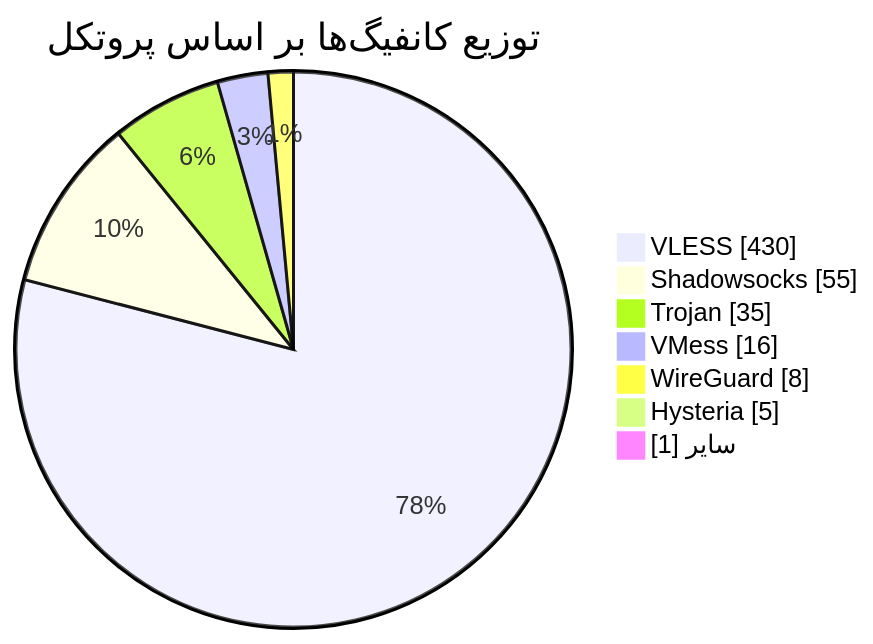
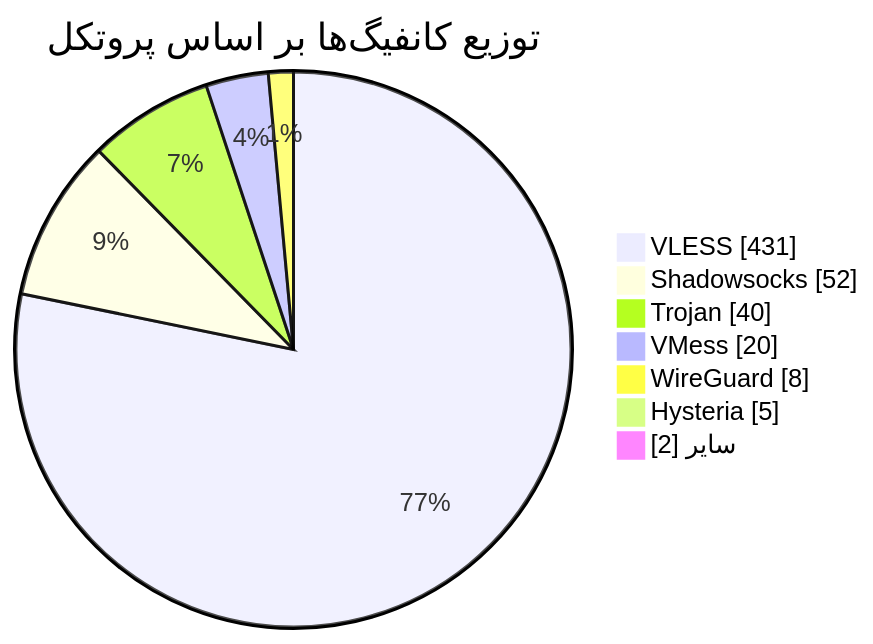
Before and after one commit to Arian-Alijani/Somthing: the diagram in README.md, drawn with Mermaid. The commit also changed other lines of this file and 19 other files, not shown here.

````diff
--- a/README.md
+++ b/README.md
@@ -49,11 +49,11 @@
 ```mermaid
 pie showData
     title توزیع کانفیگ‌ها بر اساس پروتکل
-    "VLESS" : 430
-    "Shadowsocks" : 55
-    "Trojan" : 35
-    "VMess" : 16
+    "VLESS" : 431
+    "Shadowsocks" : 52
+    "Trojan" : 40
+    "VMess" : 20
     "WireGuard" : 8
     "Hysteria" : 5
-    "سایر" : 1
+    "سایر" : 2
 ```
````
